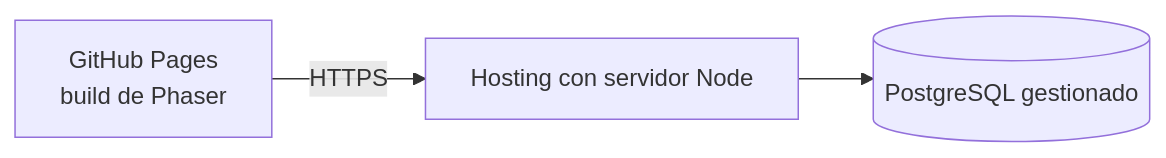
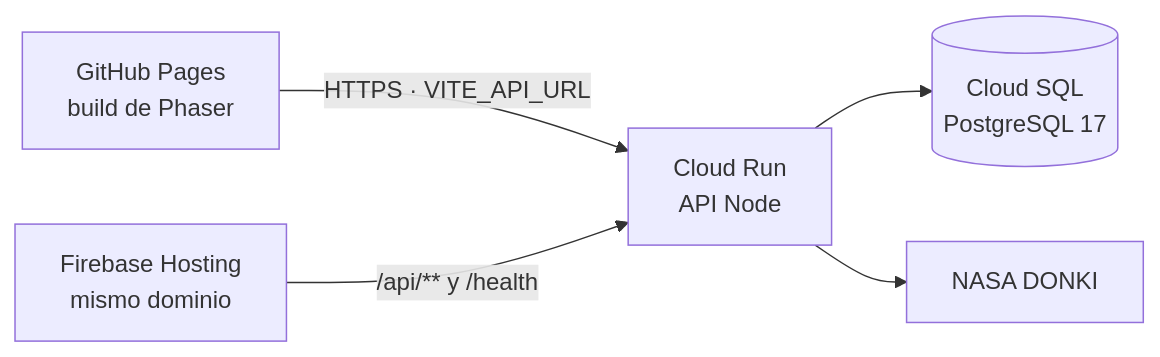
The second of 2 diagrams in docs/02-arquitectura.md (as9689138/juniorAstronautMissionTrainer_JIIMATZIN), drawn with Mermaid before and after one commit. The commit also changed other lines of this file and 29 other files, not shown here.

````diff
--- a/docs/02-arquitectura.md
+++ b/docs/02-arquitectura.md
@@ -70,5 +74,7 @@
 ```mermaid
 flowchart LR
-    GH[GitHub Pages<br/>build de Phaser] -- HTTPS --> API[Hosting con servidor Node]
-    API --> PG[(PostgreSQL gestionado)]
+    GH[GitHub Pages<br/>build de Phaser] -- "HTTPS · VITE_API_URL" --> API[Cloud Run<br/>API Node]
+    FH[Firebase Hosting<br/>mismo dominio] -- "/api/** y /health" --> API
+    API --> PG[(Cloud SQL<br/>PostgreSQL 17)]
+    API --> NASA[NASA DONKI]
 ```
````
